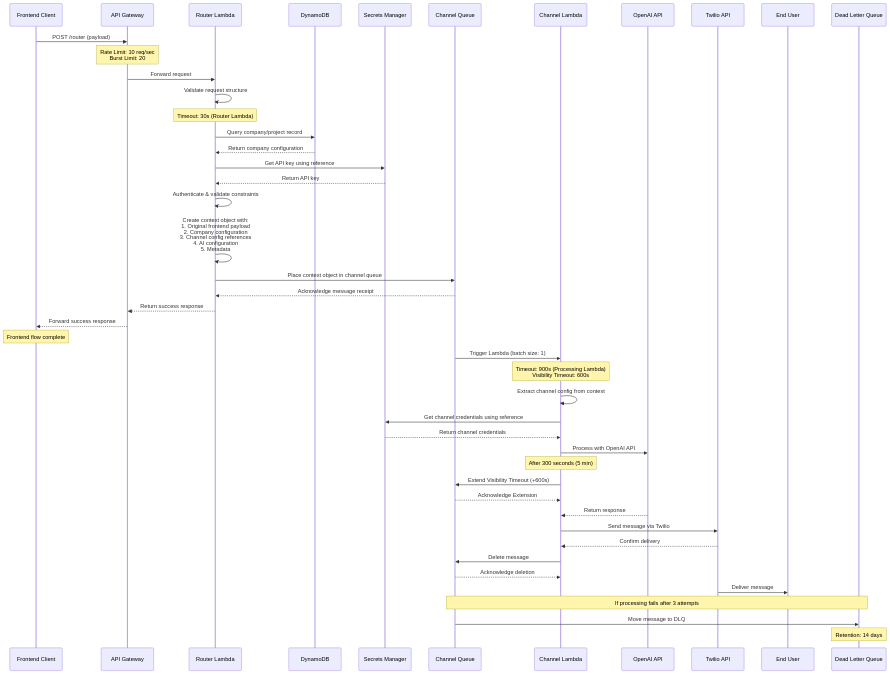
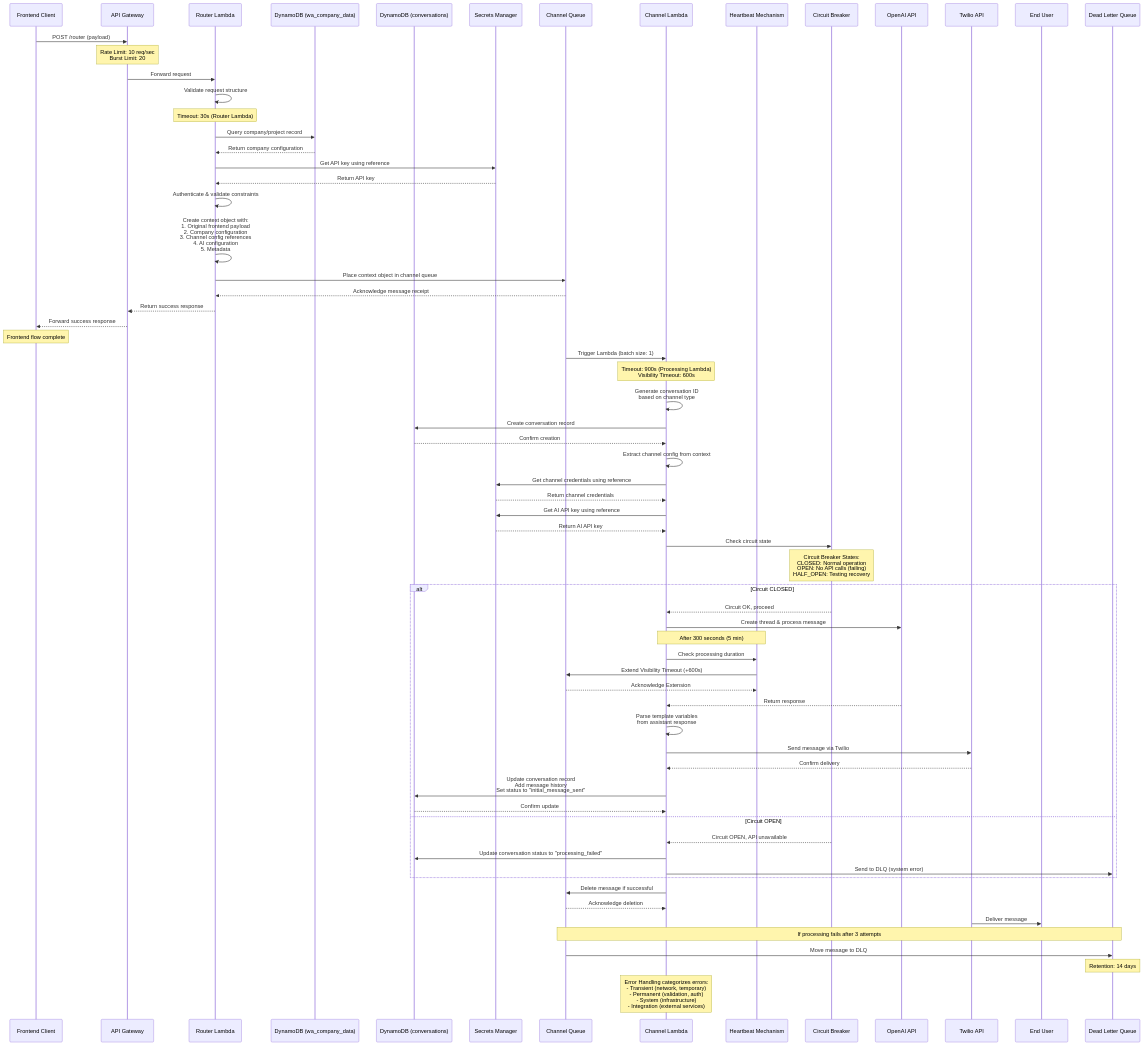
The third of 6 diagrams in hld/diagrams-v1.0.md (junksamiad/template-sender-engine), drawn with Mermaid before and after one commit. The commit also changed other lines of this file and 8 other files, not shown here.

Commit message:
Update documentation and diagrams, remove outdated files

````diff
--- a/hld/diagrams-v1.0.md
+++ b/hld/diagrams-v1.0.md
@@ -229,10 +250,13 @@
     participant Client as Frontend Client
     participant APIG as API Gateway
     participant Router as Router Lambda
-    participant DDB as DynamoDB
+    participant CompanyDB as DynamoDB (wa_company_data)
+    participant ConvoDb as DynamoDB (conversations)
     participant SM as Secrets Manager
     participant Queue as Channel Queue
     participant Lambda as Channel Lambda
+    participant HB as Heartbeat Mechanism
+    participant CB as Circuit Breaker
     participant OpenAI as OpenAI API
     participant Twilio as Twilio API
     participant User as End User
@@ -245,8 +269,8 @@
     Router->>Router: Validate request structure
     Note over Router: Timeout: 30s (Router Lambda)
     
-    Router->>DDB: Query company/project record
-    DDB-->>Router: Return company configuration
+    Router->>CompanyDB: Query company/project record
+    CompanyDB-->>Router: Return company configuration
     
     Router->>SM: Get API key using reference
     SM-->>Router: Return API key
@@ -266,23 +290,48 @@
     Queue->>Lambda: Trigger Lambda (batch size: 1)
     Note over Lambda: Timeout: 900s (Processing Lambda)<br/>Visibility Timeout: 600s
     
+    Lambda->>Lambda: Generate conversation ID<br/>based on channel type
+    Lambda->>ConvoDb: Create conversation record
+    ConvoDb-->>Lambda: Confirm creation
+    
     Lambda->>Lambda: Extract channel config from context
     
     Lambda->>SM: Get channel credentials using reference
     SM-->>Lambda: Return channel credentials
     
-    Lambda->>OpenAI: Process with OpenAI API
+    Lambda->>SM: Get AI API key using reference
+    SM-->>Lambda: Return AI API key
     
-    Note over Lambda: After 300 seconds (5 min)
-    Lambda->>Queue: Extend Visibility Timeout (+600s)
-    Queue-->>Lambda: Acknowledge Extension
+    Lambda->>CB: Check circuit state
+    Note over CB: Circuit Breaker States:<br/>CLOSED: Normal operation<br/>OPEN: No API calls (failing)<br/>HALF_OPEN: Testing recovery
     
-    OpenAI-->>Lambda: Return response
+    alt Circuit CLOSED
+        CB-->>Lambda: Circuit OK, proceed
+        
+        Lambda->>OpenAI: Create thread & process message
+        
+        Note over Lambda,HB: After 300 seconds (5 min)
+        Lambda->>HB: Check processing duration
+        HB->>Queue: Extend Visibility Timeout (+600s)
+        Queue-->>HB: Acknowledge Extension
+        
+        OpenAI-->>Lambda: Return response
+        
+        Lambda->>Lambda: Parse template variables<br/>from assistant response
+        
+        Lambda->>Twilio: Send message via Twilio
+        Twilio-->>Lambda: Confirm delivery
+        
+        Lambda->>ConvoDb: Update conversation record<br/>Add message history<br/>Set status to "initial_message_sent"
+        ConvoDb-->>Lambda: Confirm update
+        
+    else Circuit OPEN
+        CB-->>Lambda: Circuit OPEN, API unavailable
+        Lambda->>ConvoDb: Update conversation status to "processing_failed"
+        Lambda->>DLQ: Send to DLQ (system error)
+    end
     
-    Lambda->>Twilio: Send message via Twilio
-    Twilio-->>Lambda: Confirm delivery
-    
-    Lambda->>Queue: Delete message
+    Lambda->>Queue: Delete message if successful
     Queue-->>Lambda: Acknowledge deletion
     
     Twilio->>User: Deliver message
@@ -290,4 +339,6 @@
     Note over Queue,DLQ: If processing fails after 3 attempts
     Queue->>DLQ: Move message to DLQ
     Note over DLQ: Retention: 14 days
+    
+    Note over Lambda: Error Handling categorizes errors:<br/>- Transient (network, temporary)<br/>- Permanent (validation, auth)<br/>- System (infrastructure)<br/>- Integration (external services)
 ```
````
